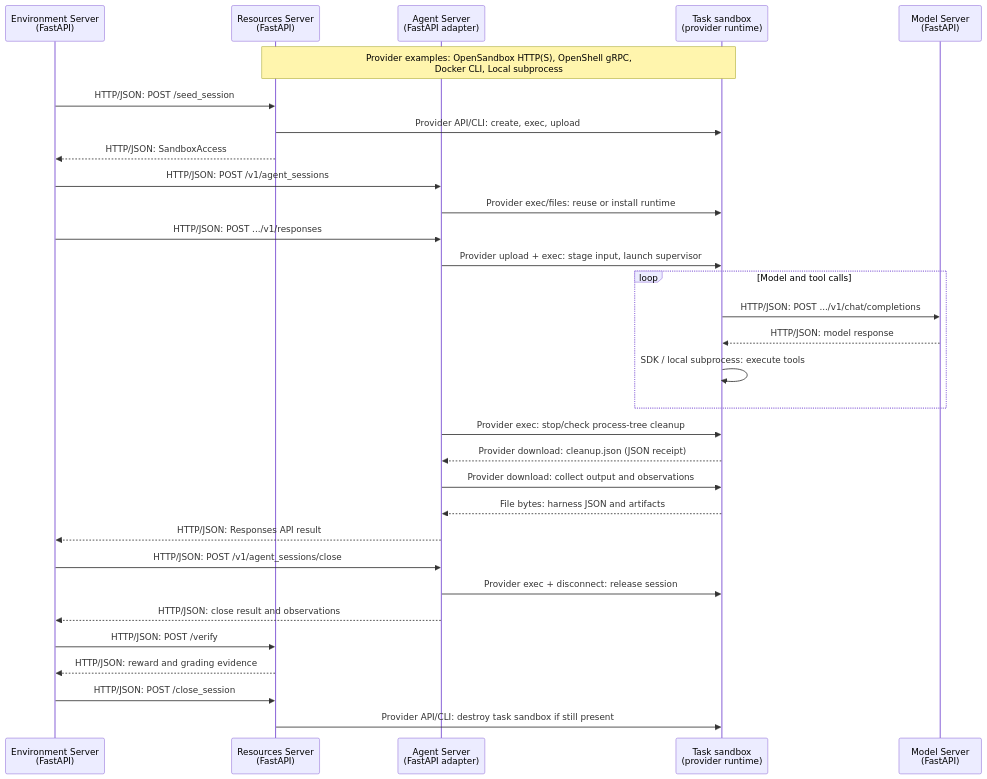
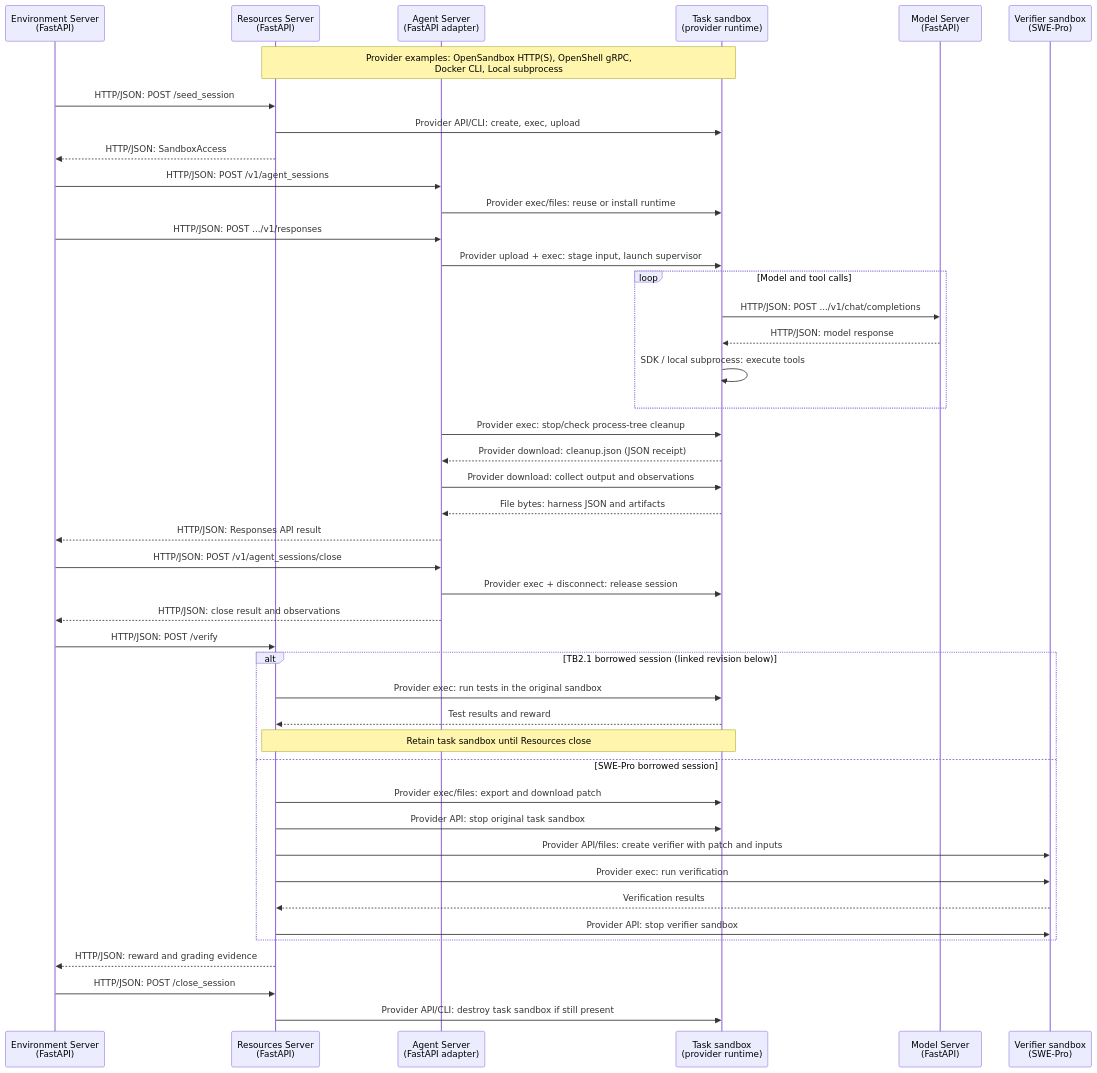
The first of 2 diagrams in fern/versions/latest/pages/agent-server/add-or-update-a-harness.mdx (NVIDIA-NeMo/Gym), drawn with Mermaid before and after one commit. The commit also changed other lines of this file, not shown here.

Commit message:
docs(agent): contrast Resources-owned sandbox lifetimes

````diff
--- a/fern/versions/latest/pages/agent-server/add-or-update-a-harness.mdx
+++ b/fern/versions/latest/pages/agent-server/add-or-update-a-harness.mdx
@@ -23,34 +23,47 @@
 ```mermaid
 sequenceDiagram
     participant E as Environment Server<br/>(FastAPI)
     participant R as Resources Server<br/>(FastAPI)
     participant A as Agent Server<br/>(FastAPI adapter)
     participant S as Task sandbox<br/>(provider runtime)
     participant M as Model Server<br/>(FastAPI)
+    participant V as Verifier sandbox<br/>(SWE-Pro)
 
     Note over R,S: Provider examples: OpenSandbox HTTP(S), OpenShell gRPC,<br/>Docker CLI, Local subprocess
     E->>R: HTTP/JSON: POST /seed_session
     R->>S: Provider API/CLI: create, exec, upload
     R-->>E: HTTP/JSON: SandboxAccess
     E->>A: HTTP/JSON: POST /v1/agent_sessions
     A->>S: Provider exec/files: reuse or install runtime
     E->>A: HTTP/JSON: POST .../v1/responses
     A->>S: Provider upload + exec: stage input, launch supervisor
     loop Model and tool calls
         S->>M: HTTP/JSON: POST .../v1/chat/completions
         M-->>S: HTTP/JSON: model response
         S->>S: SDK / local subprocess: execute tools
     end
     A->>S: Provider exec: stop/check process-tree cleanup
     S-->>A: Provider download: cleanup.json (JSON receipt)
     A->>S: Provider download: collect output and observations
     S-->>A: File bytes: harness JSON and artifacts
     A-->>E: HTTP/JSON: Responses API result
     E->>A: HTTP/JSON: POST /v1/agent_sessions/close
     A->>S: Provider exec + disconnect: release session
     A-->>E: HTTP/JSON: close result and observations
     E->>R: HTTP/JSON: POST /verify
+    alt TB2.1 borrowed session (linked revision below)
+        R->>S: Provider exec: run tests in the original sandbox
+        S-->>R: Test results and reward
+        Note over R,S: Retain task sandbox until Resources close
+    else SWE-Pro borrowed session
+        R->>S: Provider exec/files: export and download patch
+        R->>S: Provider API: stop original task sandbox
+        R->>V: Provider API/files: create verifier with patch and inputs
+        R->>V: Provider exec: run verification
+        V-->>R: Verification results
+        R->>V: Provider API: stop verifier sandbox
+    end
     R-->>E: HTTP/JSON: reward and grading evidence
     E->>R: HTTP/JSON: POST /close_session
     R->>S: Provider API/CLI: destroy task sandbox if still present
 ```
````
